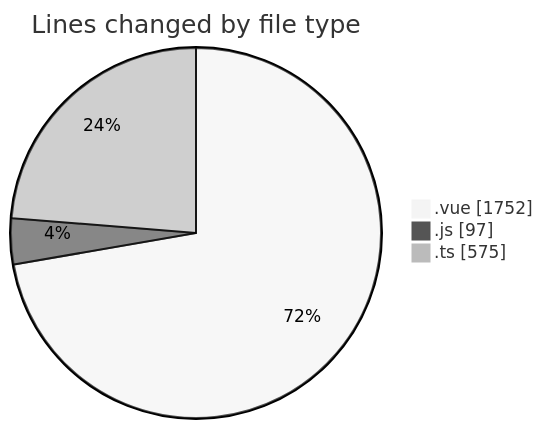
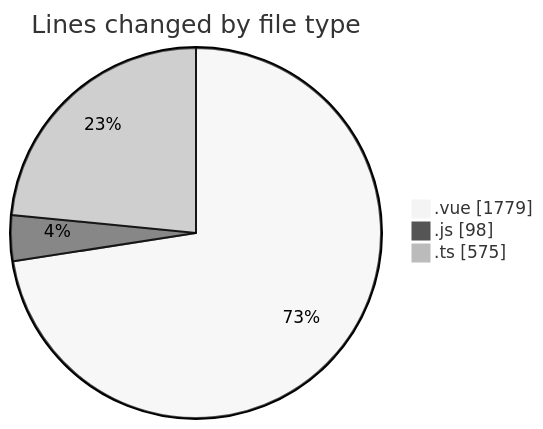
Before and after one commit to lephambinh05/code-tracking: the first of 2 diagrams in 2025-08-12/rentotp/README.md, drawn with Mermaid (neutral theme). The commit also changed other lines of this file and 1 other file, not shown here.

````diff
--- a/2025-08-12/rentotp/README.md
+++ b/2025-08-12/rentotp/README.md
@@ -31,7 +31,7 @@
 ```mermaid
 pie showData
 title Lines changed by file type
-".vue" : 1752
-".js" : 97
+".vue" : 1779
+".js" : 98
 ".ts" : 575
 ```
````
